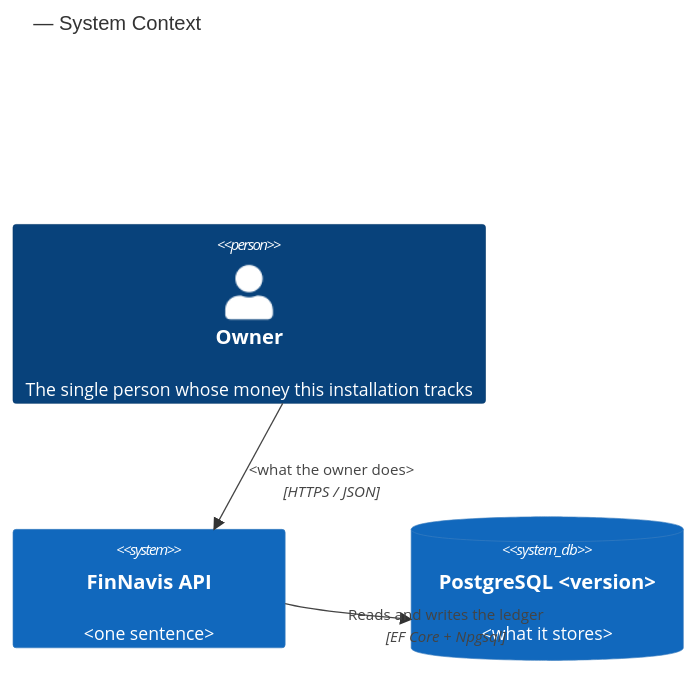
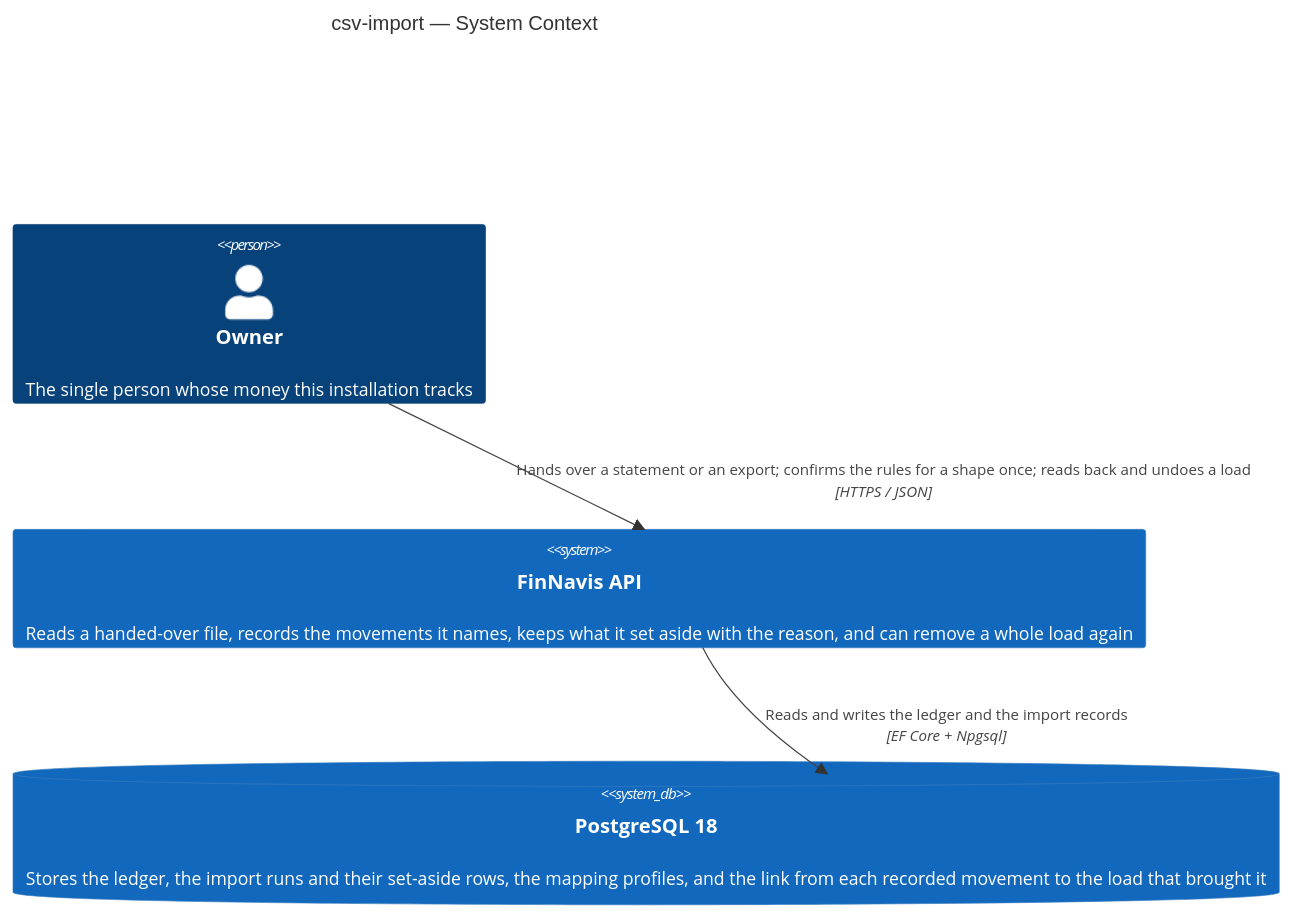
The first of 3 diagrams in docs/features/csv-import/sad.md (andrey-o-sim/FinNavis), drawn with Mermaid before and after one commit. The commit also changed other lines of this file, not shown here.

Commit message:
03: sad §3 — system context, the trust boundary this feature moves, C4 Context

````diff
--- a/docs/features/csv-import/sad.md
+++ b/docs/features/csv-import/sad.md
@@ -164,11 +186,13 @@
 ```mermaid
 C4Context
-    title <slug> — System Context
+    title csv-import — System Context
 
     Person(owner, "Owner", "The single person whose money this installation tracks")
-    System(finnavis, "FinNavis API", "<one sentence>")
-    SystemDb(pg, "PostgreSQL <version>", "<what it stores>")
 
-    Rel(owner, finnavis, "<what the owner does>", "HTTPS / JSON")
-    Rel(finnavis, pg, "Reads and writes the ledger", "EF Core + Npgsql")
+    System(finnavis, "FinNavis API", "Reads a handed-over file, records the movements it names, keeps what it set aside with the reason, and can remove a whole load again")
+
+    SystemDb(pg, "PostgreSQL 18", "Stores the ledger, the import runs and their set-aside rows, the mapping profiles, and the link from each recorded movement to the load that brought it")
+
+    Rel(owner, finnavis, "Hands over a statement or an export; confirms the rules for a shape once; reads back and undoes a load", "HTTPS / JSON")
+    Rel(finnavis, pg, "Reads and writes the ledger and the import records", "EF Core + Npgsql")
 ```
````
